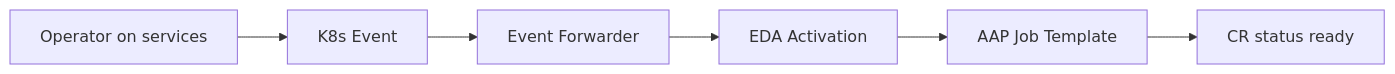
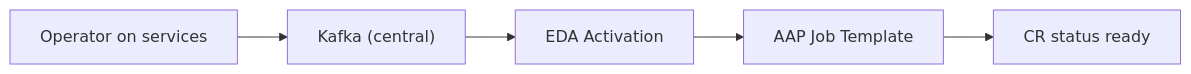
The third of 3 diagrams in architecture/docs/concepts/04-components-overview.md (marbindrakon/hybridcloud), drawn with Mermaid before and after one commit. The commit also changed other lines of this file and 6 other files, not shown here.

````diff
--- a/architecture/docs/concepts/04-components-overview.md
+++ b/architecture/docs/concepts/04-components-overview.md
@@ -106,15 +104,13 @@
 ```mermaid
 flowchart LR
     Op["Operator on services"]
-    Ev["K8s Event"]
-    Fwd["Event Forwarder"]
+    Kafka["Kafka (central)"]
     EDA["EDA Activation"]
     AAP["AAP Job Template"]
     CR["CR status ready"]
 
-    Op --> Ev
-    Ev --> Fwd
-    Fwd --> EDA
+    Op --> Kafka
+    Kafka --> EDA
     EDA --> AAP
     AAP --> CR
 ```
````
